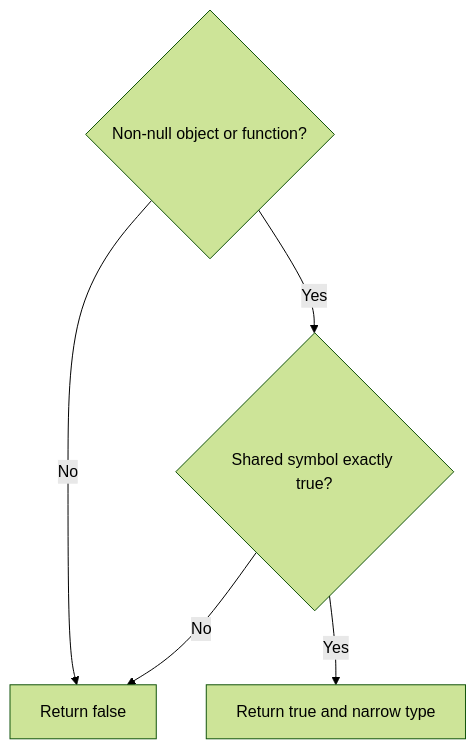
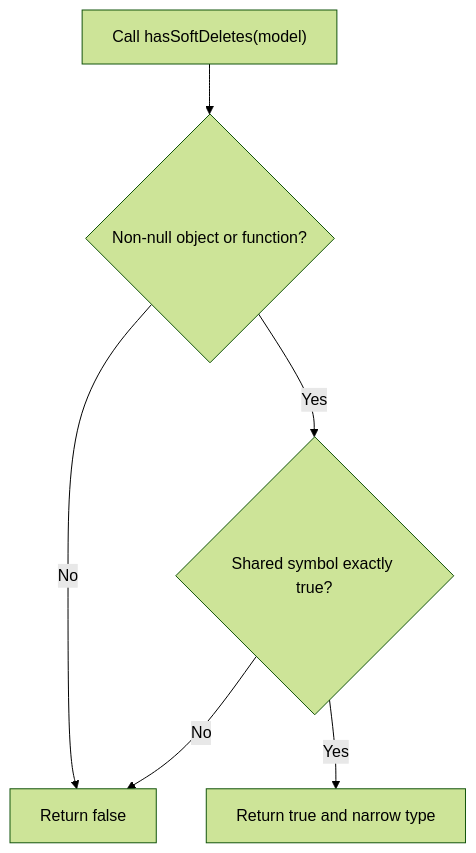
Before and after one commit to Kevinjohn/oss-adonisjs-lucid-soft-delete: the second of 2 diagrams in user-stories/integration/us-app-08-capability.md, drawn with Mermaid (forest theme). The commit also changed other lines of this file and 18 other files, not shown here.

````diff
--- a/user-stories/integration/us-app-08-capability.md
+++ b/user-stories/integration/us-app-08-capability.md
@@ -28,7 +30,8 @@
 ```mermaid
 flowchart TD
-    A{"Non-null object or function?"} -->|No| D["Return false"]
+    S["Call hasSoftDeletes(model)"] --> A{"Non-null object or function?"}
+    A -->|No| D["Return false"]
     A -->|Yes| B{"Shared symbol exactly true?"}
     B -->|No| D
     B -->|Yes| C["Return true and narrow type"]
 ```
````
